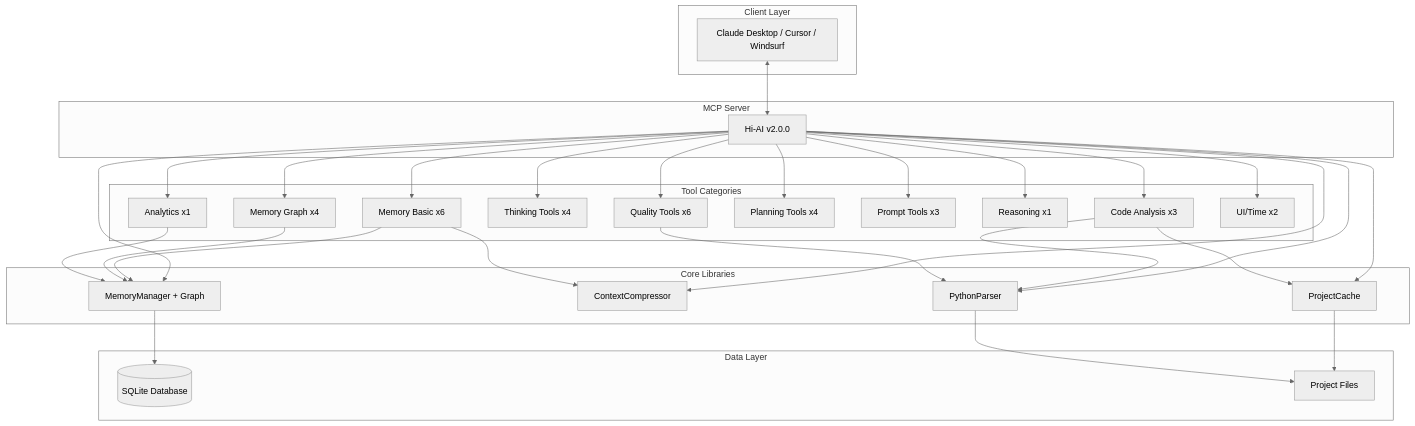
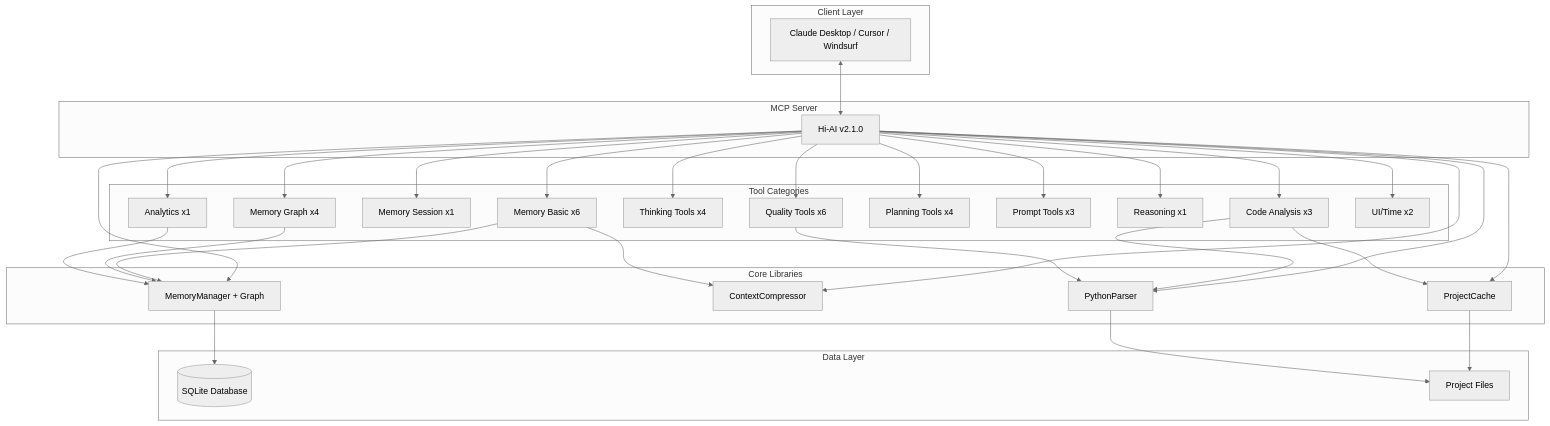
Before and after one commit to su-record/hi-ai: the diagram in README.md, drawn with Mermaid (neutral theme). The commit also changed other lines of this file and 9 other files, not shown here.

````diff
--- a/README.md
+++ b/README.md
@@ -377,47 +382,48 @@
 ```mermaid
 graph TB
     subgraph "Client Layer"
         A[Claude Desktop / Cursor / Windsurf]
     end
 
     subgraph "MCP Server"
-        B[Hi-AI v2.0.0]
+        B[Hi-AI v2.1.0]
     end
 
     subgraph "Core Libraries"
         C1[MemoryManager + Graph]
         C2[ContextCompressor]
         C3[ProjectCache]
         C4[PythonParser]
     end
 
     subgraph "Tool Categories"
         D1[Memory Basic x6]
         D2[Memory Graph x4]
+        D2b[Memory Session x1]
         D3[Code Analysis x3]
         D4[Thinking Tools x4]
         D5[Quality Tools x6]
         D6[Planning Tools x4]
         D7[Prompt Tools x3]
         D8[Reasoning x1]
         D9[Analytics x1]
         D10[UI/Time x2]
     end
 
     subgraph "Data Layer"
         E1[(SQLite Database)]
         E2[Project Files]
     end
 
     A <--> B
     B --> C1 & C2 & C3 & C4
-    B --> D1 & D2 & D3 & D4 & D5 & D6 & D7 & D8 & D9 & D10
+    B --> D1 & D2 & D2b & D3 & D4 & D5 & D6 & D7 & D8 & D9 & D10
     C1 --> E1
     C3 --> E2
     C4 --> E2
     D1 --> C1 & C2
     D2 --> C1
     D3 --> C3 & C4
     D5 --> C4
     D9 --> C1
 ```
````
